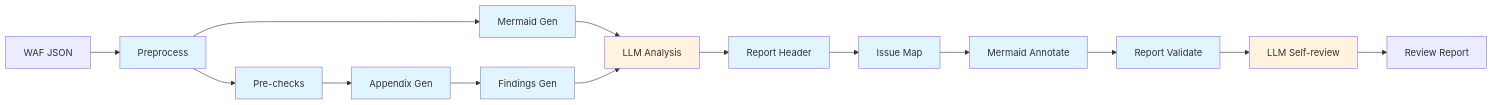
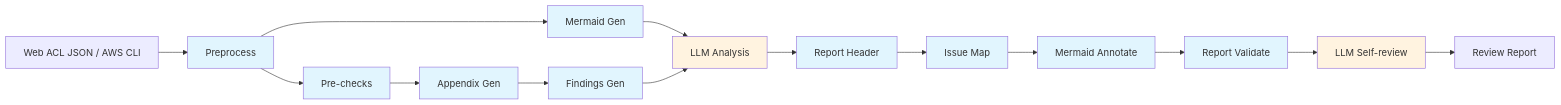
One commit to chenghit/aws-waf-rules-reviewer changed the diagram in README_EN.md. Above: the diagram before and after it, drawn with Mermaid. The commit also changed other lines of this file and 12 other files, not shown here.

First line of the commit message:
feat(v0.5): install-free AGENTS.md workflow, AWS CLI fetch, real logging status

````diff
--- a/README_EN.md
+++ b/README_EN.md
@@ -11,28 +11,28 @@
 ```mermaid
 flowchart LR
-    A["WAF JSON"] --> B["Preprocess"]
+    A["Web ACL JSON / AWS CLI"] --> B["Preprocess"]
     B --> C["Mermaid Gen"]
     B --> D["Pre-checks"]
     D --> D2["Appendix Gen"]
     D2 --> D3["Findings Gen"]
     C --> E["LLM Analysis"]
     D3 --> E
     E --> E2["Report Header"]
     E2 --> E3["Issue Map"]
     E3 --> F["Mermaid Annotate"]
     F --> G["Report Validate"]
     G --> H["LLM Self-review"]
     H --> I["Review Report"]
 
     style B fill:#e1f5fe
     style C fill:#e1f5fe
     style D fill:#e1f5fe
     style D2 fill:#e1f5fe
     style D3 fill:#e1f5fe
     style E2 fill:#e1f5fe
     style E3 fill:#e1f5fe
     style F fill:#e1f5fe
     style G fill:#e1f5fe
     style E fill:#fff3e0
     style H fill:#fff3e0
 ```
````
